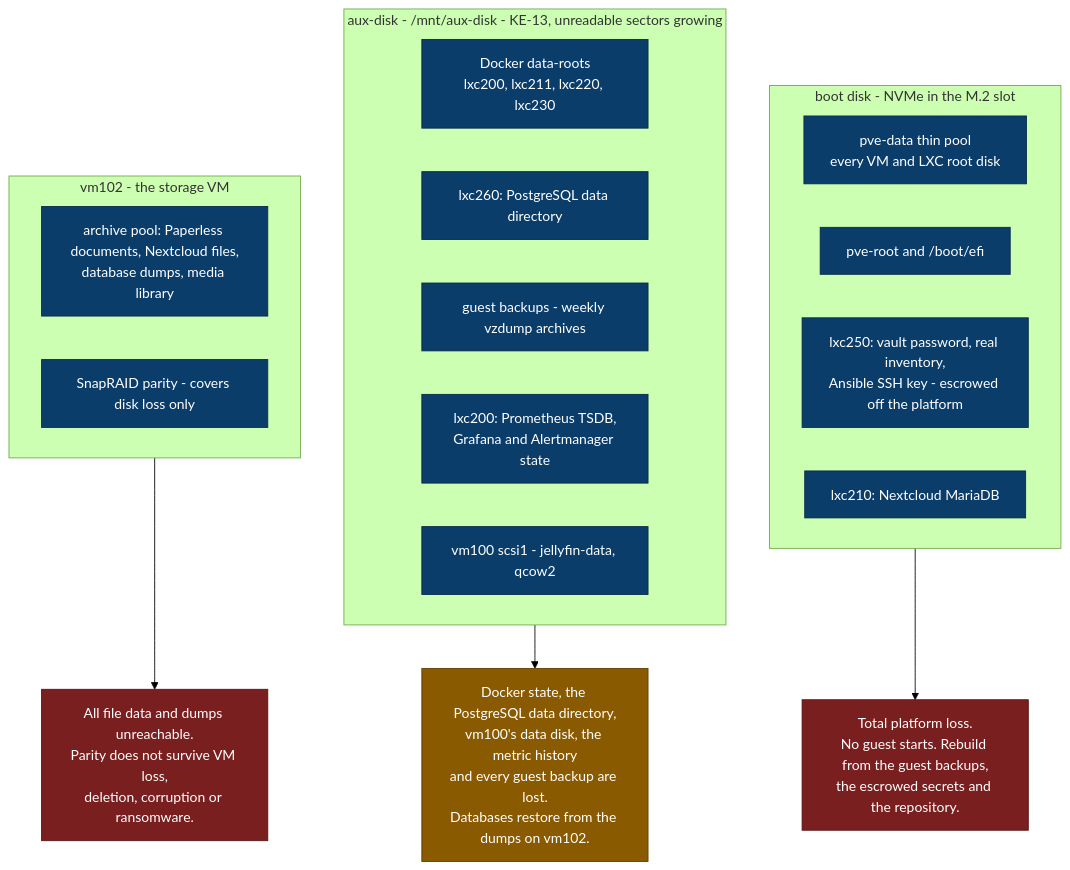
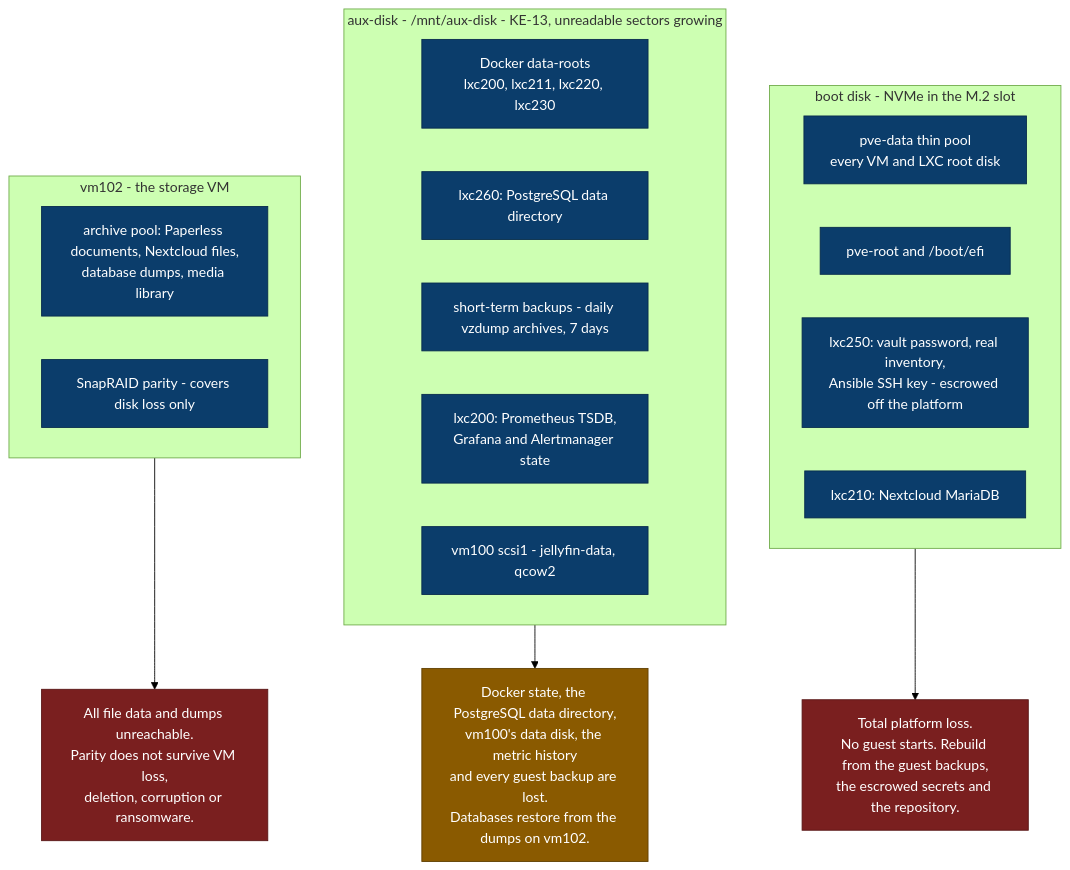
One commit to NicolasPogorzelski/homelab-server-architecture changed the diagram in docs/architecture/failure-domains.md. Above: the diagram before and after it, drawn with Mermaid (forest theme). The commit also changed other lines of this file and 47 other files, not shown here.

First line of the commit message:
feat(platform): split backups into a daily aux-disk tier and a monthly array tier

````diff
--- a/docs/architecture/failure-domains.md
+++ b/docs/architecture/failure-domains.md
@@ -12,36 +12,36 @@
 ```mermaid
 flowchart TB
   accTitle: Failure domains of the platform
   accDescr: Boot disk, aux-disk and vm102 as three failure domains, with what each carries and what its loss causes.
 
   subgraph boot["boot disk - NVMe in the M.2 slot"]
     ROOTS["pve-data thin pool<br/>every VM and LXC root disk"]
     PVEROOT["pve-root and /boot/efi"]
     SECRETS["lxc250: vault password, real inventory,<br/>Ansible SSH key - escrowed off the platform"]
     NCDB["lxc210: Nextcloud MariaDB"]
   end
 
   subgraph auxd["aux-disk - /mnt/aux-disk - KE-13, unreadable sectors growing"]
     DROOTS["Docker data-roots<br/>lxc200, lxc211, lxc220, lxc230"]
     PGDATA["lxc260: PostgreSQL data directory"]
-    VZDUMP["guest backups - weekly vzdump archives"]
+    VZDUMP["short-term backups - daily vzdump archives, 7 days"]
     MONDATA["lxc200: Prometheus TSDB,<br/>Grafana and Alertmanager state"]
     JELLY["vm100 scsi1 - jellyfin-data, qcow2"]
   end
 
   subgraph storagevm["vm102 - the storage VM"]
     ARCHIVE["archive pool: Paperless documents, Nextcloud files,<br/>database dumps, media library"]
     PARITY["SnapRAID parity - covers disk loss only"]
   end
 
   boot --> L1["Total platform loss.<br/>No guest starts. Rebuild from the guest backups,<br/>the escrowed secrets and the repository."]
   auxd --> L2["Docker state, the PostgreSQL data directory,<br/>vm100's data disk, the metric history<br/>and every guest backup are lost.<br/>Databases restore from the dumps on vm102."]
   storagevm --> L3["All file data and dumps unreachable.<br/>Parity does not survive VM loss,<br/>deletion, corruption or ransomware."]
 
   classDef sick fill:#7a1f1f,stroke:#571414,color:#ffffff
   classDef warn fill:#8a5a00,stroke:#5f3e00,color:#ffffff
   classDef content fill:#0b3d6b,stroke:#062a4b,color:#ffffff
   class L1,L3 sick
   class L2 warn
   class ROOTS,PVEROOT,SECRETS,NCDB,DROOTS,PGDATA,VZDUMP,MONDATA,JELLY,ARCHIVE,PARITY content
 ```
````
